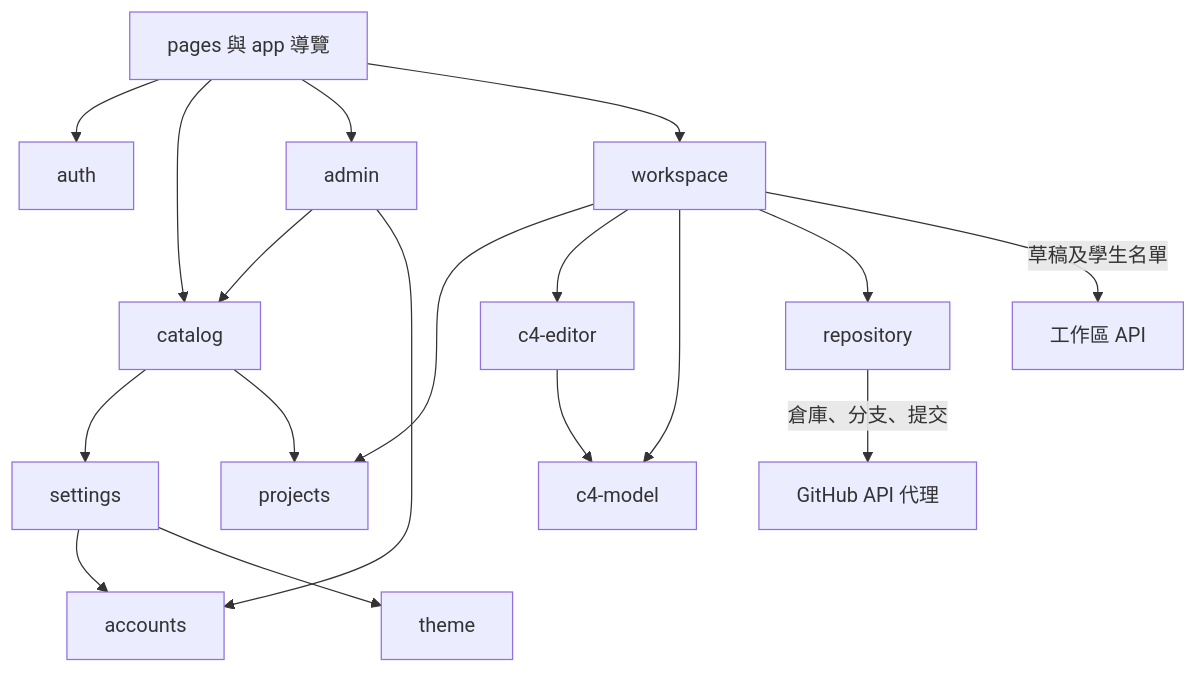
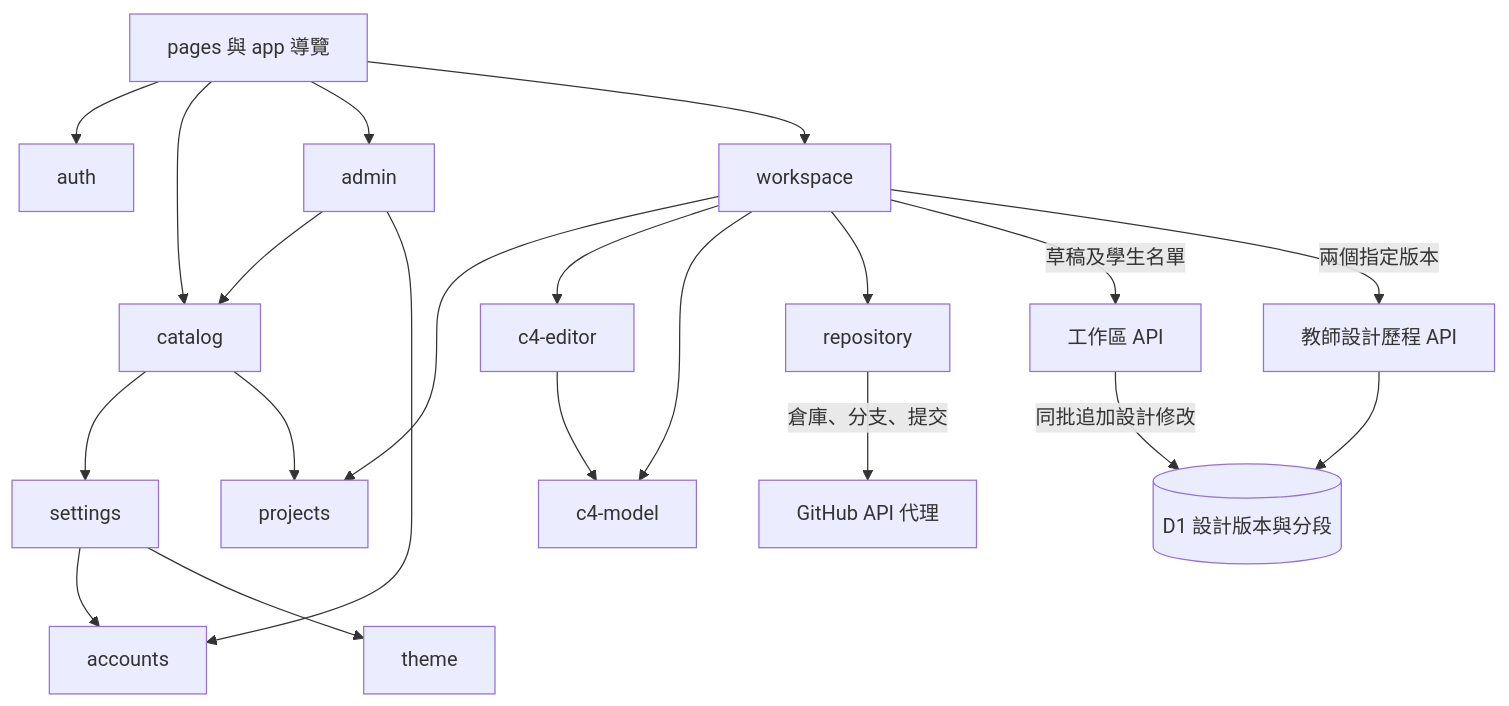
The second of 4 diagrams in Architecture.md (The-Lost-Light/CS-Platform), drawn with Mermaid before and after one commit. The commit also changed other lines of this file and 32 other files, not shown here.

````diff
--- a/Architecture.md
+++ b/Architecture.md
@@ -61,20 +61,23 @@
 ```mermaid
 flowchart TD
     pages["pages 與 app 導覽"] --> auth["auth"]
     pages --> catalog["catalog"]
     pages --> admin["admin"]
     pages --> ws["workspace"]
     admin --> catalog
     admin --> acc["accounts"]
     catalog --> set["settings"]
     set --> acc
     set --> theme["theme"]
     catalog --> proj["projects"]
     ws --> proj
     ws --> ed["c4-editor"]
     ws --> model["c4-model"]
     ed --> model
     ws --> repo["repository"]
     ws -->|"草稿及學生名單"| wapi["工作區 API"]
+    ws -->|"兩個指定版本"| hapi["教師設計歷程 API"]
+    hapi --> hist[("D1 設計版本與分段")]
+    wapi -->|"同批追加設計修改"| hist
     repo -->|"倉庫、分支、提交"| gapi["GitHub API 代理"]
 ```
````
